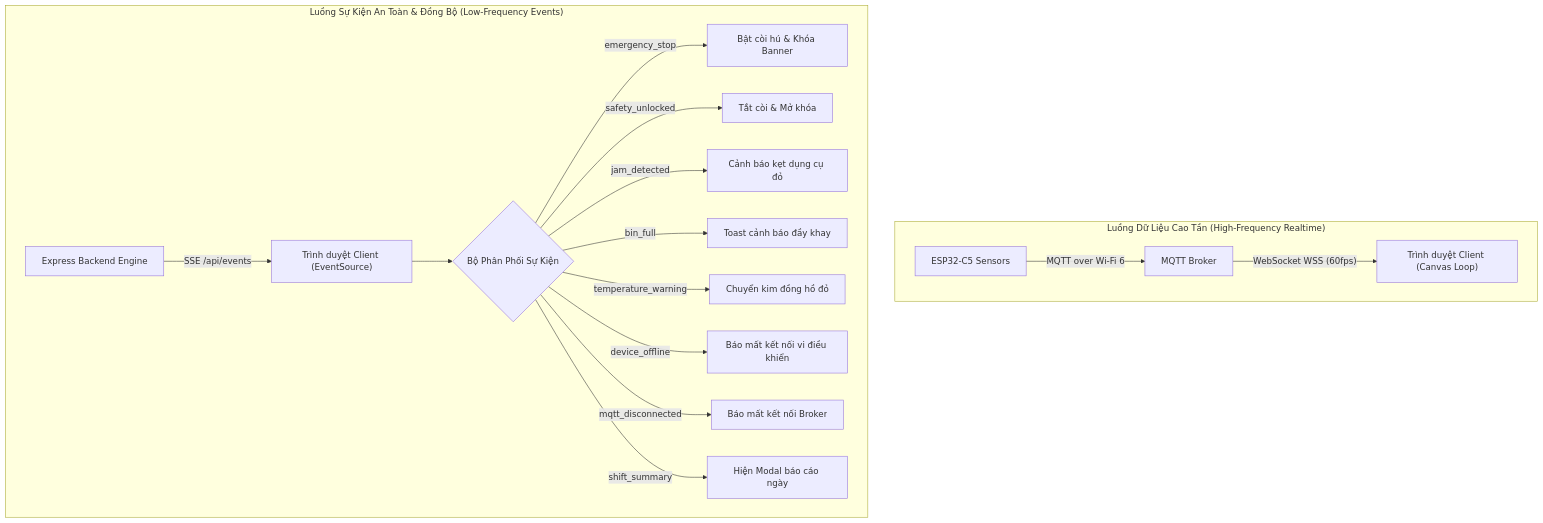
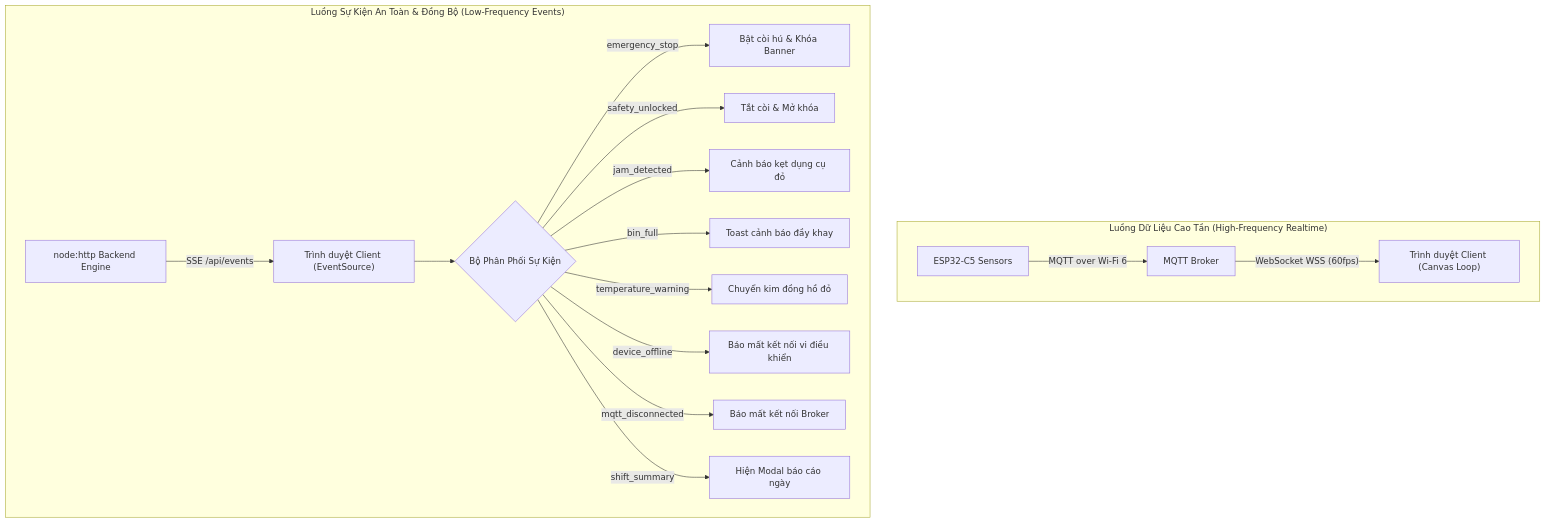
The fourth of 5 diagrams in docs/architecture.md (duyphong375/SortiX-Dashboard), drawn with Mermaid before and after one commit. The commit also changed other lines of this file and 33 other files, not shown here.

````diff
--- a/docs/architecture.md
+++ b/docs/architecture.md
@@ -313,20 +324,20 @@
 ```mermaid
 flowchart TD
     subgraph HIGH_FREQUENCY["Luồng Dữ Liệu Cao Tần (High-Frequency Realtime)"]
         ESP32["ESP32-C5 Sensors"] -->|"MQTT over Wi-Fi 6"| BROKER["MQTT Broker"]
         BROKER -->|"WebSocket WSS (60fps)"| CLIENT_WS["Trình duyệt Client (Canvas Loop)"]
     end
 
     subgraph SYSTEM_EVENTS["Luồng Sự Kiện An Toàn & Đồng Bộ (Low-Frequency Events)"]
-        SERVER["Express Backend Engine"] -->|"SSE /api/events"| CLIENT_SSE["Trình duyệt Client (EventSource)"]
+        SERVER["node:http Backend Engine"] -->|"SSE /api/events"| CLIENT_SSE["Trình duyệt Client (EventSource)"]
         CLIENT_SSE --> EVENT_DISPATCH{"Bộ Phân Phối Sự Kiện"}
         EVENT_DISPATCH -->|emergency_stop| ESTOP_HANDLER["Bật còi hú & Khóa Banner"]
         EVENT_DISPATCH -->|safety_unlocked| UNLOCK_HANDLER["Tắt còi & Mở khóa"]
         EVENT_DISPATCH -->|jam_detected| JAM_HANDLER["Cảnh báo kẹt dụng cụ đỏ"]
         EVENT_DISPATCH -->|bin_full| BINFULL_HANDLER["Toast cảnh báo đầy khay"]
         EVENT_DISPATCH -->|temperature_warning| TEMP_HANDLER["Chuyển kim đồng hồ đỏ"]
         EVENT_DISPATCH -->|device_offline| OFFLINE_HANDLER["Báo mất kết nối vi điều khiển"]
         EVENT_DISPATCH -->|mqtt_disconnected| MQTT_HANDLER["Báo mất kết nối Broker"]
         EVENT_DISPATCH -->|shift_summary| SHIFT_HANDLER["Hiện Modal báo cáo ngày"]
     end
 ```
````
